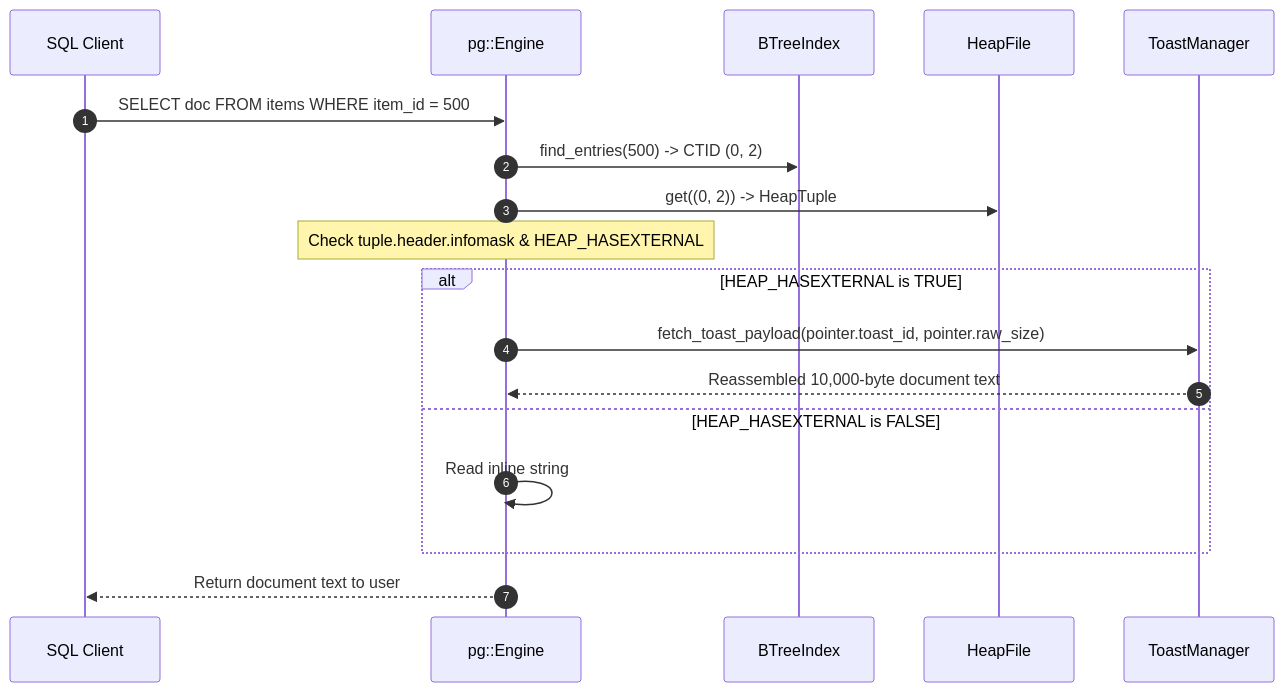
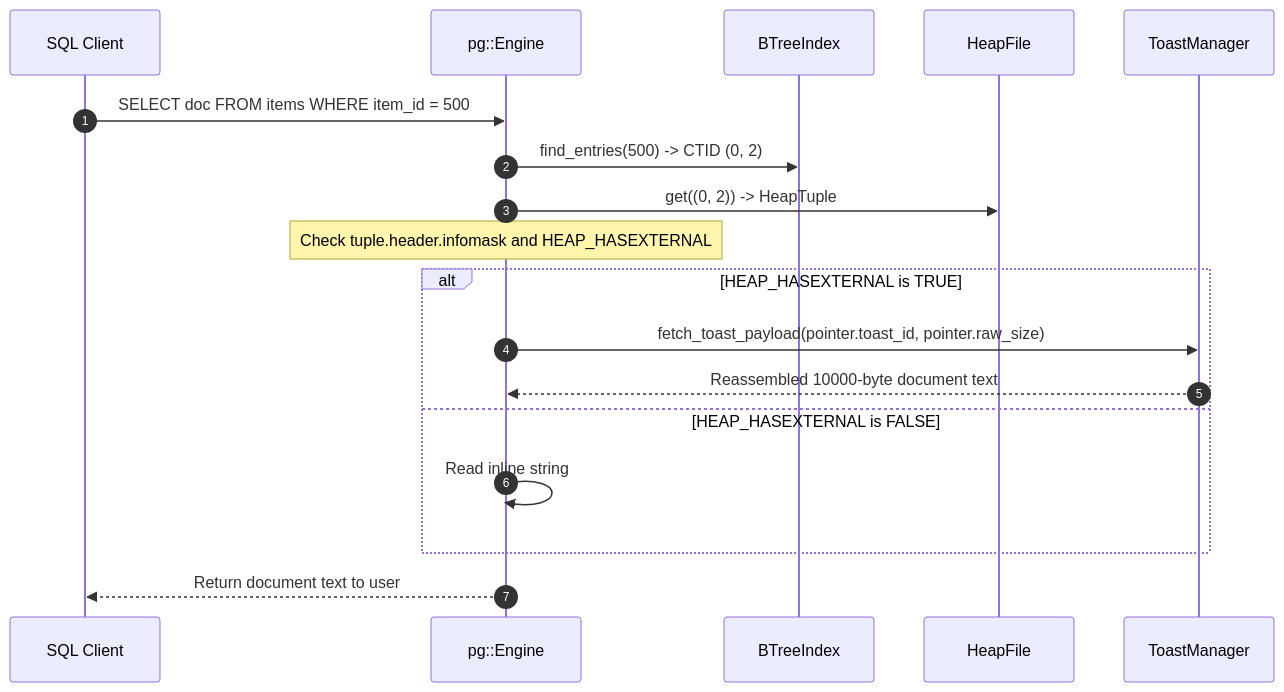
Before and after one commit to Nimastic/cpp-postgres: the second of 2 diagrams in notes/atlas/17-toast-heap-index-integration.md, drawn with Mermaid. The commit also changed 16 other files, not shown here.

First line of the commit message:
fix(atlas): resolve all Mermaid diagram and LaTeX syntax parsing errors

````diff
--- a/notes/atlas/17-toast-heap-index-integration.md
+++ b/notes/atlas/17-toast-heap-index-integration.md
@@ -48,21 +48,21 @@
 ```mermaid
 sequenceDiagram
     autonumber
     participant Client as SQL Client
     participant Engine as pg::Engine
     participant Index as BTreeIndex
     participant Heap as HeapFile
     participant Toast as ToastManager
 
     Client->>Engine: SELECT doc FROM items WHERE item_id = 500;
     Engine->>Index: find_entries(500) -> CTID (0, 2)
     Engine->>Heap: get((0, 2)) -> HeapTuple
-    Note over Engine: Check tuple.header.infomask & HEAP_HASEXTERNAL
+    Note over Engine: Check tuple.header.infomask and HEAP_HASEXTERNAL
     alt HEAP_HASEXTERNAL is TRUE
         Engine->>Toast: fetch_toast_payload(pointer.toast_id, pointer.raw_size)
-        Toast-->>Engine: Reassembled 10,000-byte document text
+        Toast-->>Engine: Reassembled 10000-byte document text
     else HEAP_HASEXTERNAL is FALSE
         Engine->>Engine: Read inline string
     end
     Engine-->>Client: Return document text to user
 ```
````
